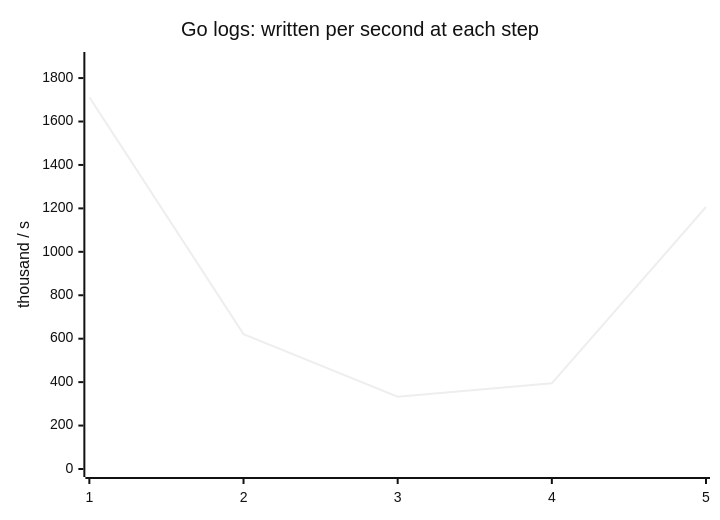
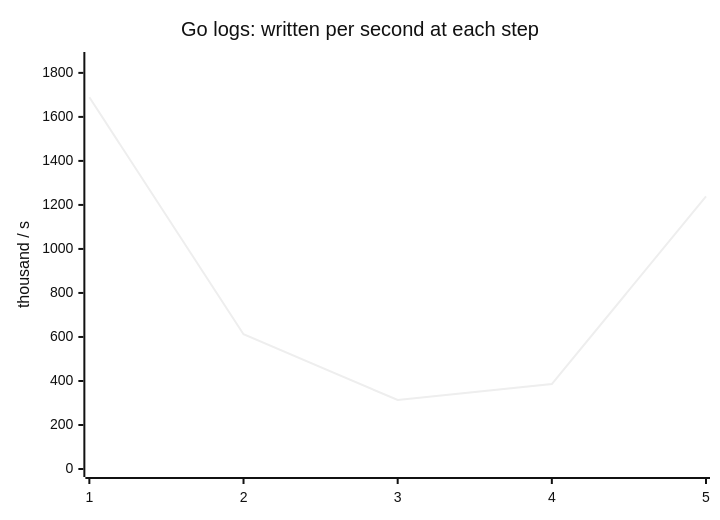
One commit to the-protobuf-project/telemetry changed the fourth of 24 diagrams in docs/benchmark.md. Above: the diagram before and after it, drawn with Mermaid (neutral theme). The commit also changed other lines of this file and 3 other files, not shown here.

````diff
--- a/docs/benchmark.md
+++ b/docs/benchmark.md
@@ -57,7 +57,7 @@
 ```mermaid
 xychart-beta
     title "Go logs: written per second at each step"
     x-axis ["1", "2", "3", "4", "5"]
-    y-axis "thousand / s" 0 --> 1883.23
-    line [1712.03, 620.935, 332.789, 394.537, 1206.45]
+    y-axis "thousand / s" 0 --> 1858.56
+    line [1689.6, 612.224, 313.354, 386.11, 1238.49]
 ```
````
